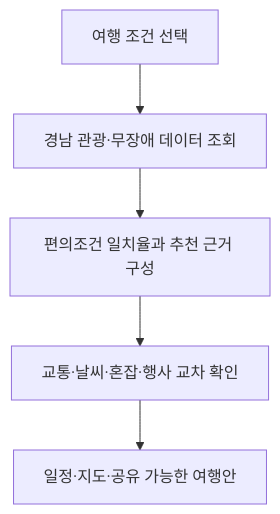
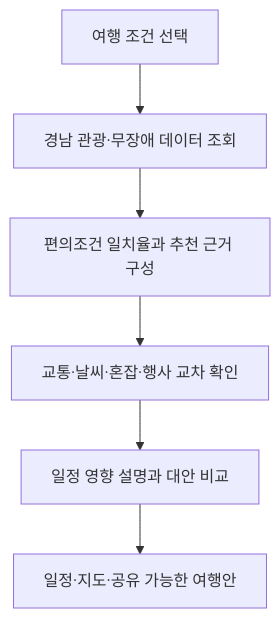
One commit to jeongiryang/wave-barrier-free-gyeongnam changed the first of 2 diagrams in README.md. Above: the diagram before and after it, drawn with Mermaid. The commit also changed other lines of this file and 7 other files, not shown here.

````diff
--- a/README.md
+++ b/README.md
@@ -61,7 +61,8 @@
 ```mermaid
 flowchart TB
   A[여행 조건 선택] --> B[경남 관광·무장애 데이터 조회]
   B --> C[편의조건 일치율과 추천 근거 구성]
   C --> D[교통·날씨·혼잡·행사 교차 확인]
-  D --> E[일정·지도·공유 가능한 여행안]
+  D --> E[일정 영향 설명과 대안 비교]
+  E --> F[일정·지도·공유 가능한 여행안]
 ```
````
